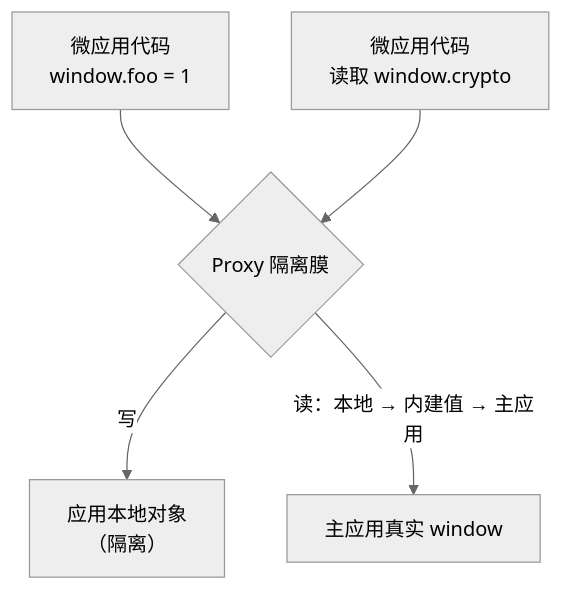
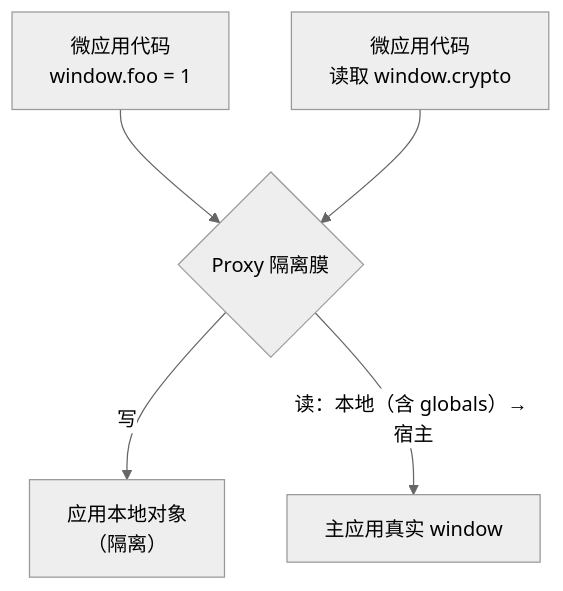
The diagram in docs/zh-CN/internals/js-sandbox.md (umijs/qiankun), drawn with Mermaid (neutral theme) before and after one commit. The commit also changed other lines of this file and 80 other files, not shown here.

````diff
--- a/docs/zh-CN/internals/js-sandbox.md
+++ b/docs/zh-CN/internals/js-sandbox.md
@@ -17,7 +17,7 @@
 ```mermaid
 flowchart TD
   A["微应用代码<br/>window.foo = 1"] --> P{"Proxy 隔离膜"}
   P -->|写| L["应用本地对象<br/>（隔离）"]
   R["微应用代码<br/>读取 window.crypto"] --> P
-  P -->|"读：本地 → 内建值 → 主应用"| H["主应用真实 window"]
+  P -->|"读：本地（含 globals）→ 宿主"| H["主应用真实 window"]
 ```
````
